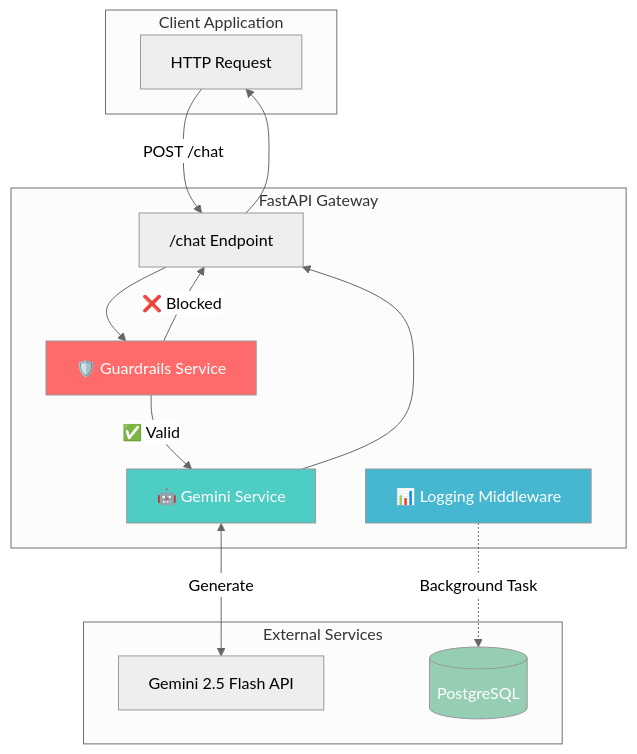
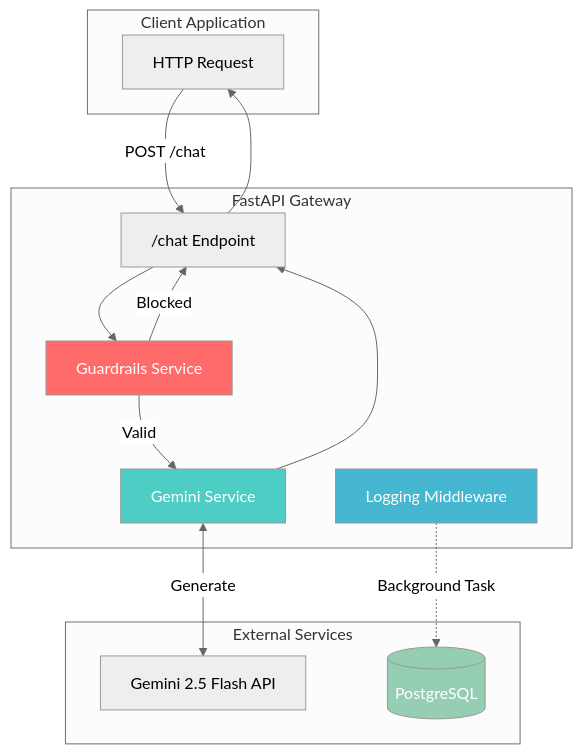
The diagram in README.md (hilliersmmain/llm-gateway-api), drawn with Mermaid (neutral theme) before and after one commit. The commit also changed other lines of this file, not shown here.

````diff
--- a/README.md
+++ b/README.md
@@ -23,32 +23,32 @@
 ```mermaid
 flowchart TB
     subgraph Client["Client Application"]
         A[HTTP Request]
     end
 
     subgraph Gateway["FastAPI Gateway"]
         B["/chat Endpoint"]
-        C["🛡️ Guardrails Service"]
-        D["🤖 Gemini Service"]
-        E["📊 Logging Middleware"]
+        C["Guardrails Service"]
+        D["Gemini Service"]
+        E["Logging Middleware"]
     end
 
     subgraph External["External Services"]
         F["Gemini 2.5 Flash API"]
         G[("PostgreSQL")]
     end
 
     A -->|POST /chat| B
     B --> C
-    C -->|"❌ Blocked"| B
-    C -->|"✅ Valid"| D
+    C -->|Blocked| B
+    C -->|Valid| D
     D <-->|Generate| F
     D --> B
     B --> A
-    E -.->|"Background Task"| G
+    E -.->|Background Task| G
 
     style C fill:#ff6b6b,color:#fff
     style D fill:#4ecdc4,color:#fff
     style E fill:#45b7d1,color:#fff
     style G fill:#96ceb4,color:#fff
 ```
````
